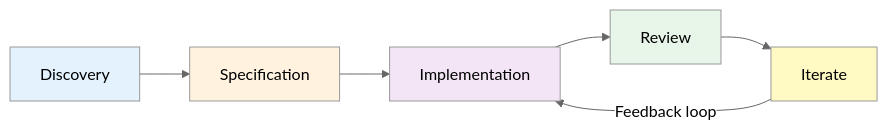
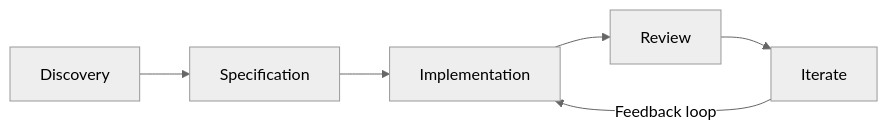
One commit to ready-to-release/eac changed the diagram in docs/explanation/specifications/review-and-iterate.md. Above: the diagram before and after it, drawn with Mermaid (neutral theme). The commit also changed 28 other files, not shown here.

````diff
--- a/docs/explanation/specifications/review-and-iterate.md
+++ b/docs/explanation/specifications/review-and-iterate.md
@@ -11,14 +11,9 @@
 ```mermaid
 flowchart LR
     A[Discovery] --> B[Specification]
     B --> C[Implementation]
     C --> D[Review]
     D --> E[Iterate]
     E -->|Feedback loop| C
 
-    style A fill:#e3f2fd,color: #000
-    style B fill:#fff3e0,color: #000
-    style C fill:#f3e5f5,color: #000
-    style D fill:#e8f5e9,color: #000
-    style E fill:#fff9c4,color: #000
 ```
````
